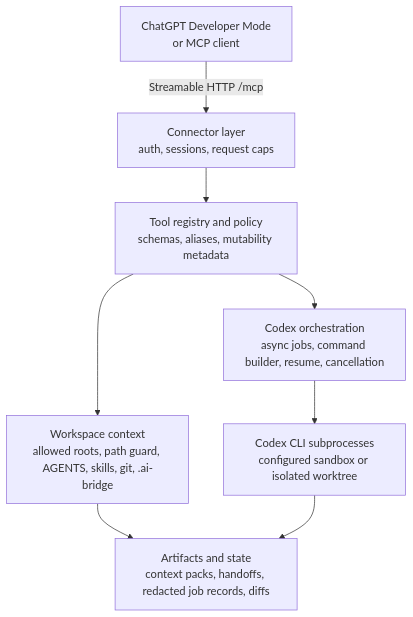
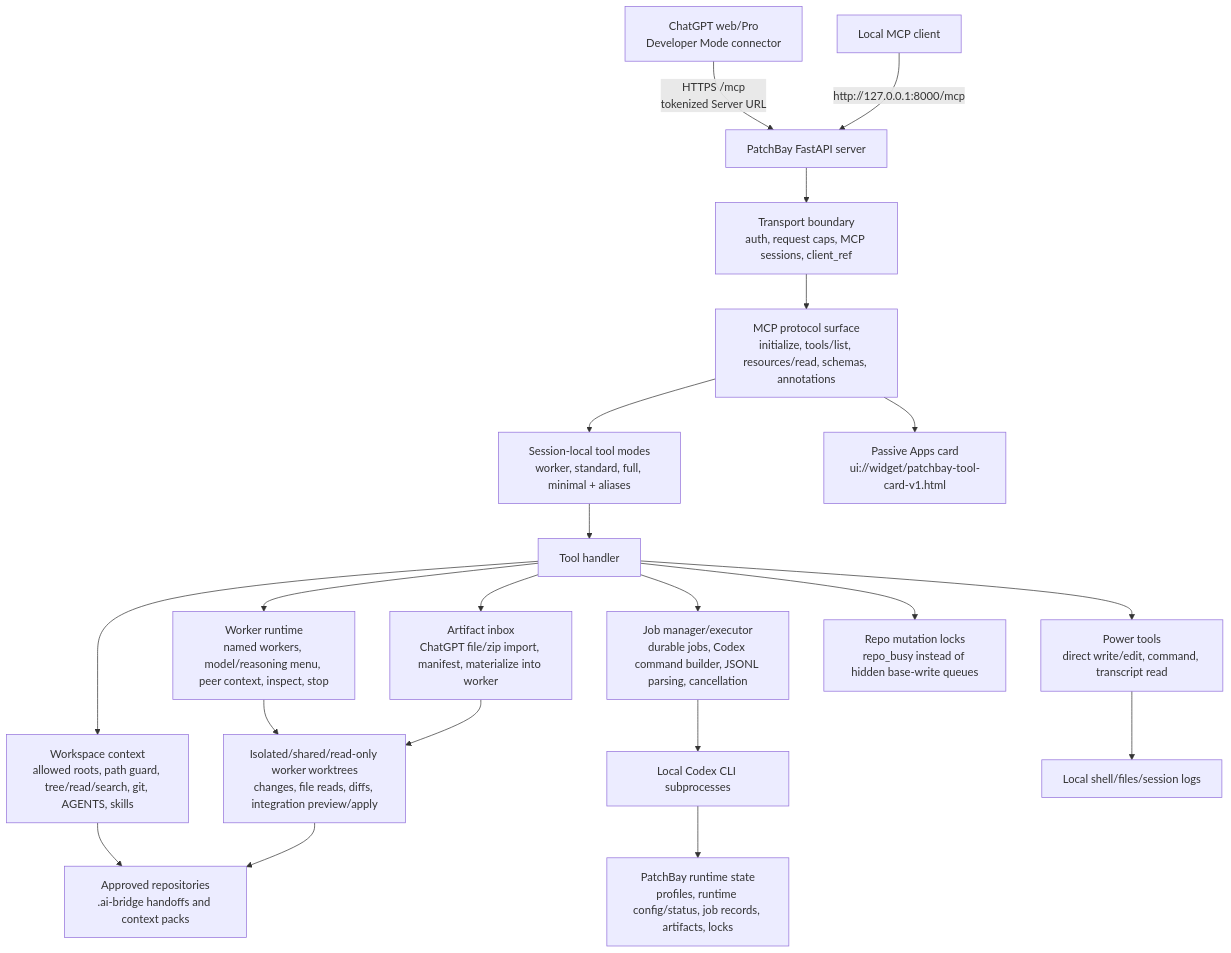
Before and after one commit to velhud/PatchBay: the diagram in README.md, drawn with Mermaid. The commit also changed other lines of this file and 14 other files, not shown here.

Commit message:
Clarify PatchBay positioning and ChatGPT setup

````diff
--- a/README.md
+++ b/README.md
@@ -77,10 +78,26 @@
 ```mermaid
 flowchart TD
-    A["ChatGPT Developer Mode<br/>or MCP client"] -->|"Streamable HTTP /mcp"| B["Connector layer<br/>auth, sessions, request caps"]
-    B --> C["Tool registry and policy<br/>schemas, aliases, mutability metadata"]
-    C --> D["Workspace context<br/>allowed roots, path guard, AGENTS, skills, git, .ai-bridge"]
-    C --> E["Codex orchestration<br/>async jobs, command builder, resume, cancellation"]
-    E --> F["Codex CLI subprocesses<br/>configured sandbox or isolated worktree"]
-    D --> G["Artifacts and state<br/>context packs, handoffs, redacted job records, diffs"]
-    F --> G
+    A["ChatGPT web/Pro<br/>Developer Mode connector"] -->|"HTTPS /mcp<br/>tokenized Server URL"| B["PatchBay FastAPI server"]
+    A2["Local MCP client"] -->|"http://127.0.0.1:8000/mcp"| B
+
+    B --> C["Transport boundary<br/>auth, request caps, MCP sessions, client_ref"]
+    C --> D["MCP protocol surface<br/>initialize, tools/list, resources/read, schemas, annotations"]
+    D --> E["Session-local tool modes<br/>worker, standard, full, minimal + aliases"]
+    D --> R["Passive Apps card<br/>ui://widget/patchbay-tool-card-v1.html"]
+
+    E --> H["Tool handler"]
+    H --> W["Workspace context<br/>allowed roots, path guard, tree/read/search, git, AGENTS, skills"]
+    H --> N["Worker runtime<br/>named workers, model/reasoning menu, peer context, inspect, stop"]
+    H --> I["Artifact inbox<br/>ChatGPT file/zip import, manifest, materialize into worker"]
+    H --> J["Job manager/executor<br/>durable jobs, Codex command builder, JSONL parsing, cancellation"]
+    H --> P["Power tools<br/>direct write/edit, command, transcript read"]
+    H --> L["Repo mutation locks<br/>repo_busy instead of hidden base-write queues"]
+
+    N --> WT["Isolated/shared/read-only worker worktrees<br/>changes, file reads, diffs, integration preview/apply"]
+    I --> WT
+    J --> X["Local Codex CLI subprocesses"]
+    P --> Y["Local shell/files/session logs"]
+    W --> Z["Approved repositories<br/>.ai-bridge handoffs and context packs"]
+    WT --> Z
+    X --> S["PatchBay runtime state<br/>profiles, runtime config/status, job records, artifacts, locks"]
 ```
````
